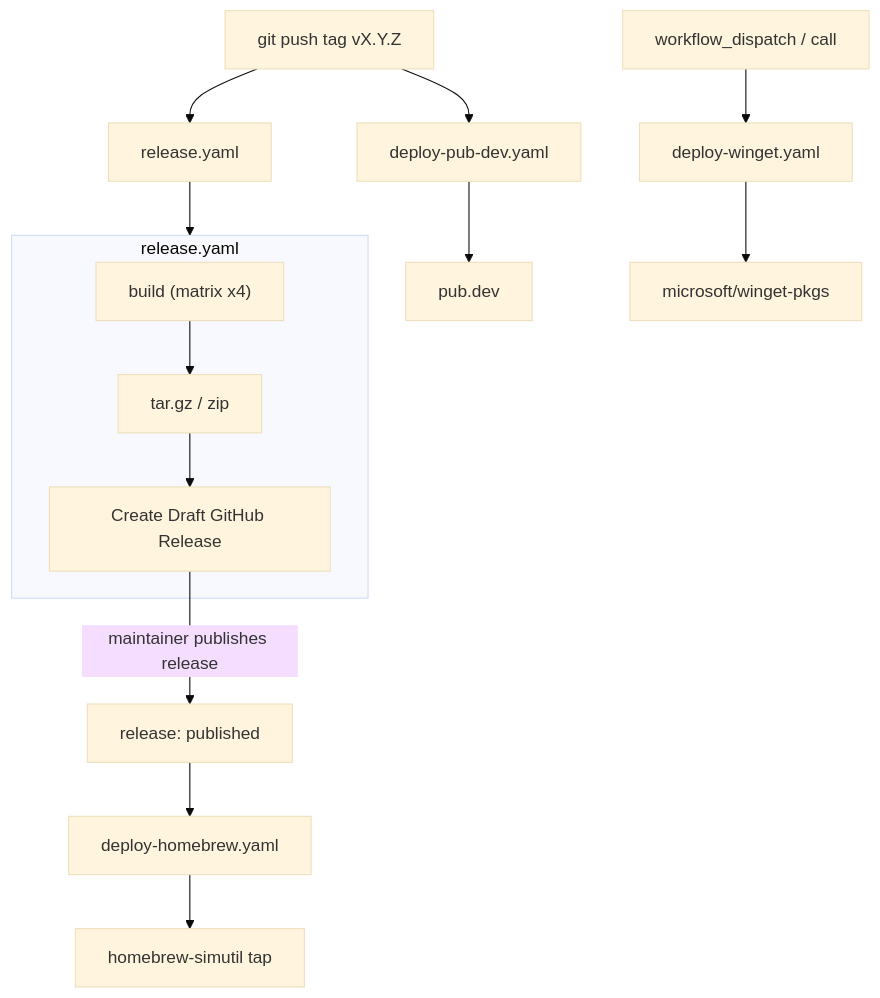
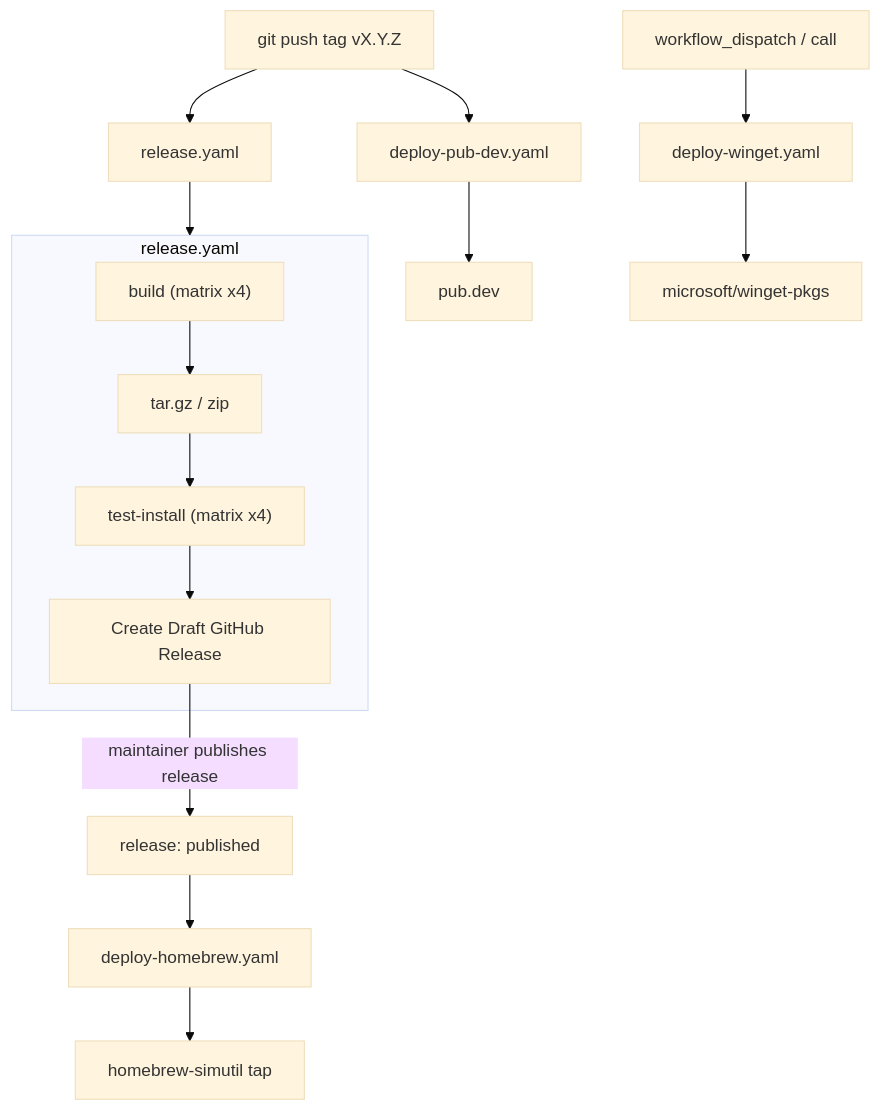
The diagram in docs/ai/deployment.md (cuongdq88/simdeck), drawn with Mermaid (base theme) before and after one commit. The commit also changed other lines of this file and 6 other files, not shown here.

````diff
--- a/docs/ai/deployment.md
+++ b/docs/ai/deployment.md
@@ -24,20 +24,21 @@
 ```mermaid
 flowchart TD
     Tag["git push tag vX.Y.Z"] --> Release["release.yaml"]
     Tag --> Pub["deploy-pub-dev.yaml"]
 
     subgraph release [release.yaml]
         Build["build (matrix x4)"] --> Archive["tar.gz / zip"]
-        Archive --> Draft["Create Draft GitHub Release"]
+        Archive --> Install["test-install (matrix x4)"]
+        Install --> Draft["Create Draft GitHub Release"]
     end
     Release --> release
 
     Draft -->|"maintainer publishes release"| Published["release: published"]
     Published --> Brew["deploy-homebrew.yaml"]
     Brew --> Tap["homebrew-simutil tap"]
 
     Pub --> PubDev["pub.dev"]
 
     Manual["workflow_dispatch / call"] --> WinGet["deploy-winget.yaml"]
     WinGet --> WinGetRepo["microsoft/winget-pkgs"]
 ```
````
